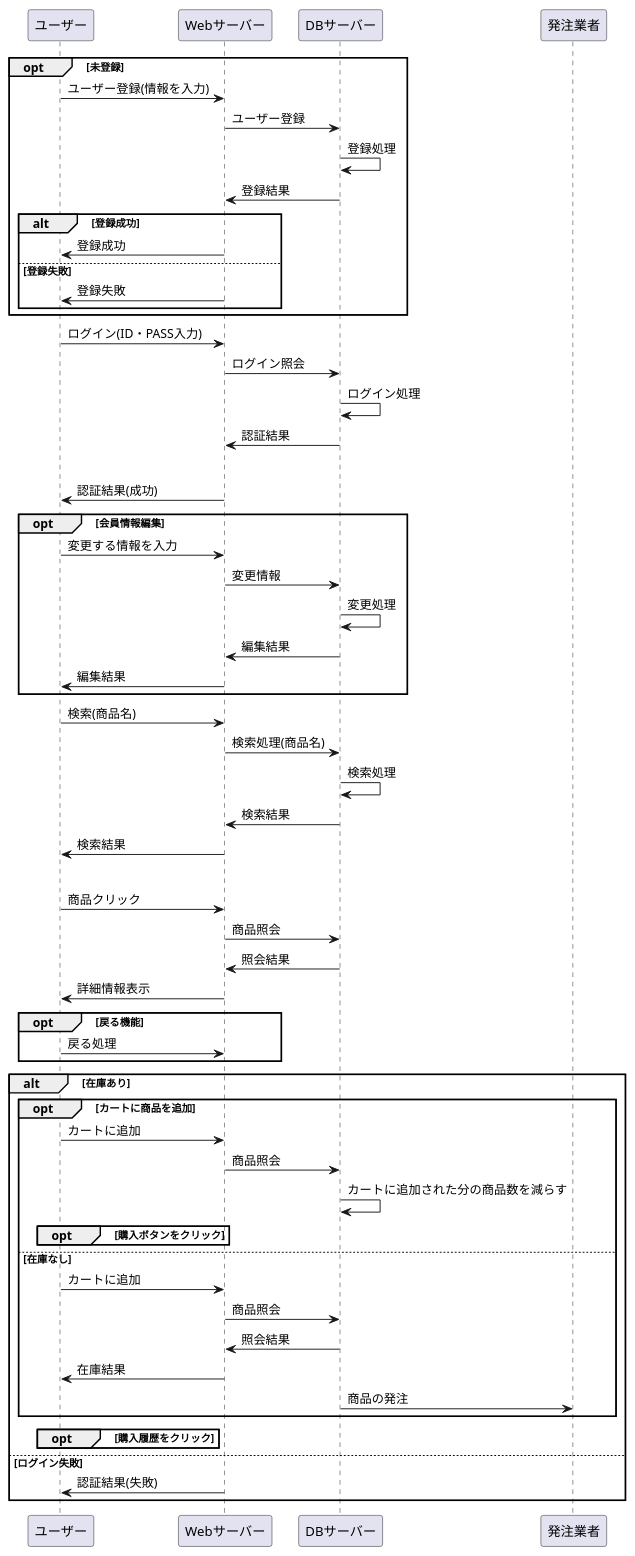
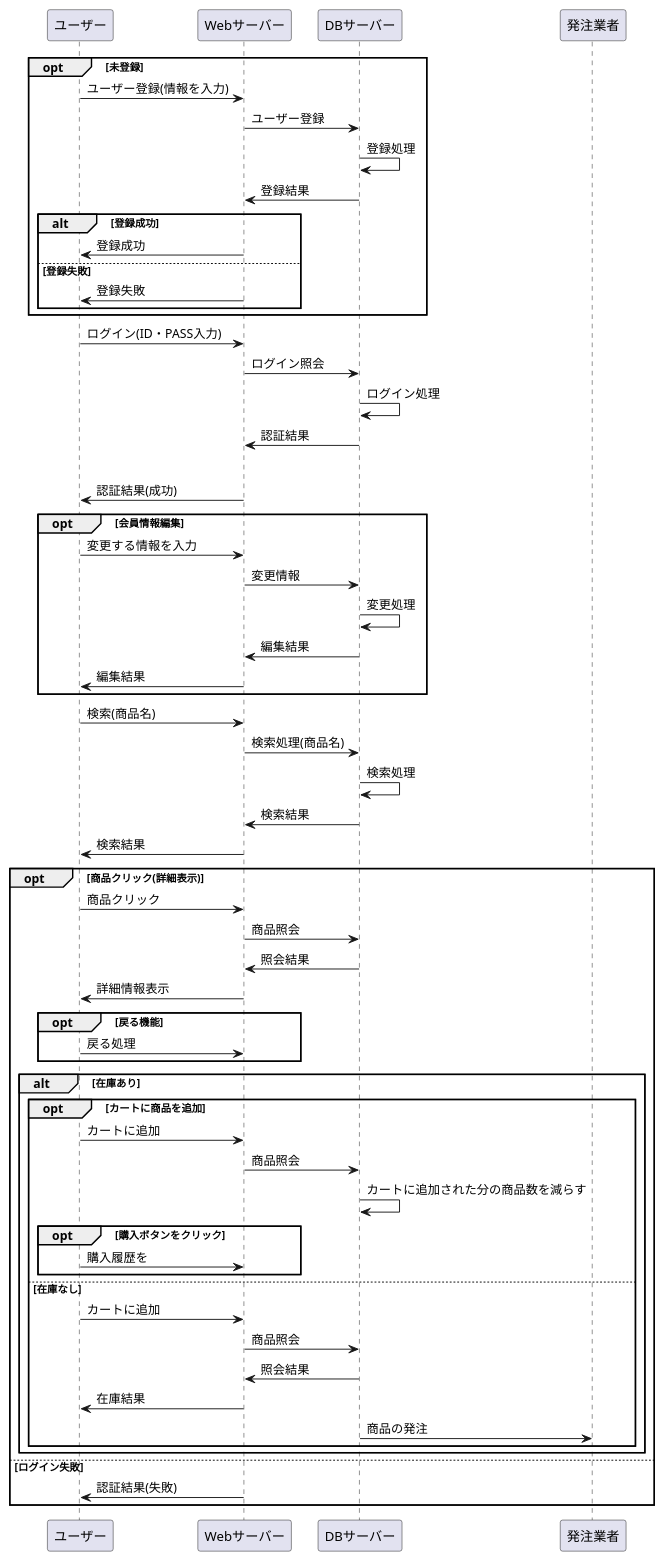
Before and after one commit to Aso2001227/Aso-Sports-1: the diagram in 設計書/02_業務フロー/Business-Flow.md, drawn with PlantUML.

````diff
--- a/設計書/02_業務フロー/Business-Flow.md
+++ b/設計書/02_業務フロー/Business-Flow.md
@@ -1,67 +1,68 @@
 ```uml
 @startuml
 opt 未登録
 ユーザー -> Webサーバー : ユーザー登録(情報を入力)
 Webサーバー -> DBサーバー : ユーザー登録
 DBサーバー -> DBサーバー : 登録処理
 DBサーバー -> Webサーバー : 登録結果
 
 alt 登録成功
 Webサーバー -> ユーザー : 登録成功
 else 登録失敗
 Webサーバー -> ユーザー : 登録失敗
 end
 end
 
 ユーザー -> Webサーバー : ログイン(ID・PASS入力)
 Webサーバー -> DBサーバー : ログイン照会
 DBサーバー -> DBサーバー : ログイン処理
 DBサーバー -> Webサーバー : 認証結果
 
 alt ログイン成功
 Webサーバー -> ユーザー : 認証結果(成功)
 
 opt 会員情報編集
 ユーザー -> Webサーバー : 変更する情報を入力
 Webサーバー -> DBサーバー :変更情報
 DBサーバー -> DBサーバー : 変更処理
 DBサーバー -> Webサーバー : 編集結果
 Webサーバー -> ユーザー : 編集結果
 end
 
 ユーザー -> Webサーバー : 検索(商品名)
 Webサーバー -> DBサーバー : 検索処理(商品名)
 DBサーバー -> DBサーバー : 検索処理
 DBサーバー -> Webサーバー : 検索結果
 Webサーバー -> ユーザー : 検索結果
 
 opt 商品クリック(詳細表示)
 ユーザー -> Webサーバー : 商品クリック
 Webサーバー -> DBサーバー : 商品照会
 DBサーバー -> Webサーバー : 照会結果
 Webサーバー -> ユーザー : 詳細情報表示
 opt 戻る機能
 ユーザー -> Webサーバー : 戻る処理
 end
 alt 在庫あり
 opt カートに商品を追加
 ユーザー -> Webサーバー : カートに追加
 Webサーバー -> DBサーバー : 商品照会
 DBサーバー -> DBサーバー : カートに追加された分の商品数を減らす
 opt 購入ボタンをクリック
+ユーザー -> Webサーバー : 購入履歴を
 
 end
 else 在庫なし
 ユーザー -> Webサーバー : カートに追加
 Webサーバー -> DBサーバー : 商品照会
 DBサーバー -> Webサーバー : 照会結果
 Webサーバー -> ユーザー : 在庫結果
 DBサーバー -> 発注業者 : 商品の発注
 end
-opt 購入履歴をクリック
+
 end
 else ログイン失敗
 Webサーバー -> ユーザー : 認証結果(失敗)
 end
 @enduml
 ```
````
